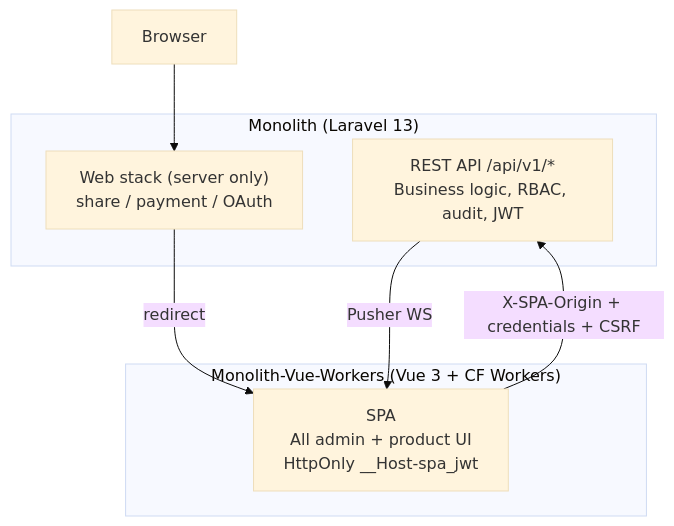
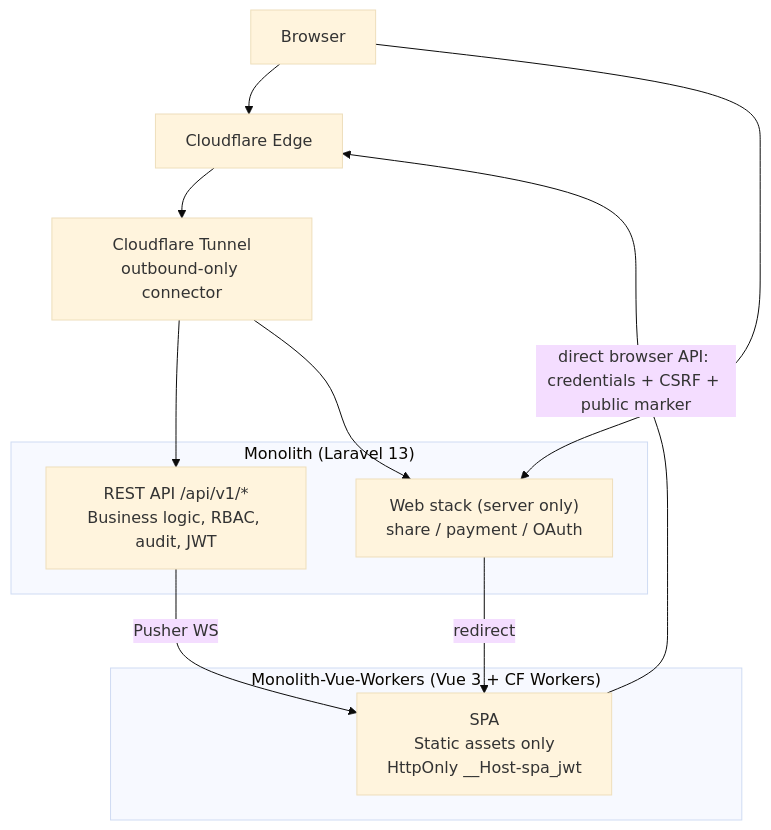
One commit to silverspoonmedia/cored-backend changed the diagram in docs/integration/project-overview.md. Above: the diagram before and after it, drawn with Mermaid (base theme). The commit also changed other lines of this file and 9 other files, not shown here.

````diff
--- a/docs/integration/project-overview.md
+++ b/docs/integration/project-overview.md
@@ -9,14 +9,18 @@
 ```mermaid
 flowchart TB
+    Browser["Browser"] --> Edge["Cloudflare Edge"]
+    Edge --> Tunnel["Cloudflare Tunnel<br>outbound-only connector"]
     subgraph Monolith["Monolith (Laravel 13)"]
         API["REST API /api/v1/*<br>Business logic, RBAC, audit, JWT"]
         Web["Web stack (server only)<br>share / payment / OAuth"]
     end
+    Tunnel --> API
+    Tunnel --> Web
     subgraph VueWorkers["Monolith-Vue-Workers (Vue 3 + CF Workers)"]
-        SPA["SPA<br>All admin + product UI<br>HttpOnly __Host-spa_jwt"]
+        SPA["SPA<br>Static assets only<br>HttpOnly __Host-spa_jwt"]
     end
-    SPA -->|"X-SPA-Origin + credentials + CSRF"| API
+    SPA -->|"direct browser API: credentials + CSRF + public marker"| Edge
     Browser --> Web
     Web -->|"redirect"| SPA
     API -->|"Pusher WS"| SPA
 ```
````
